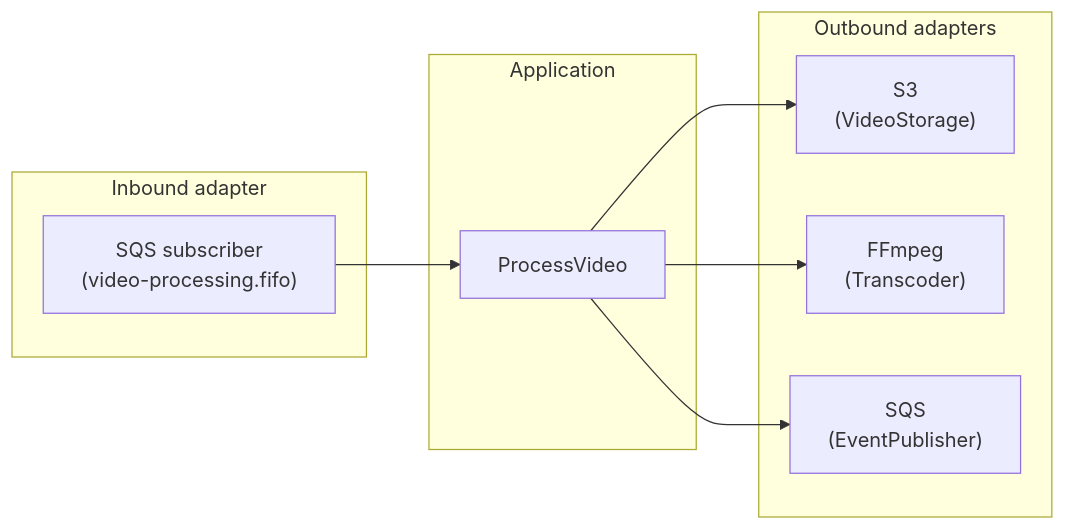
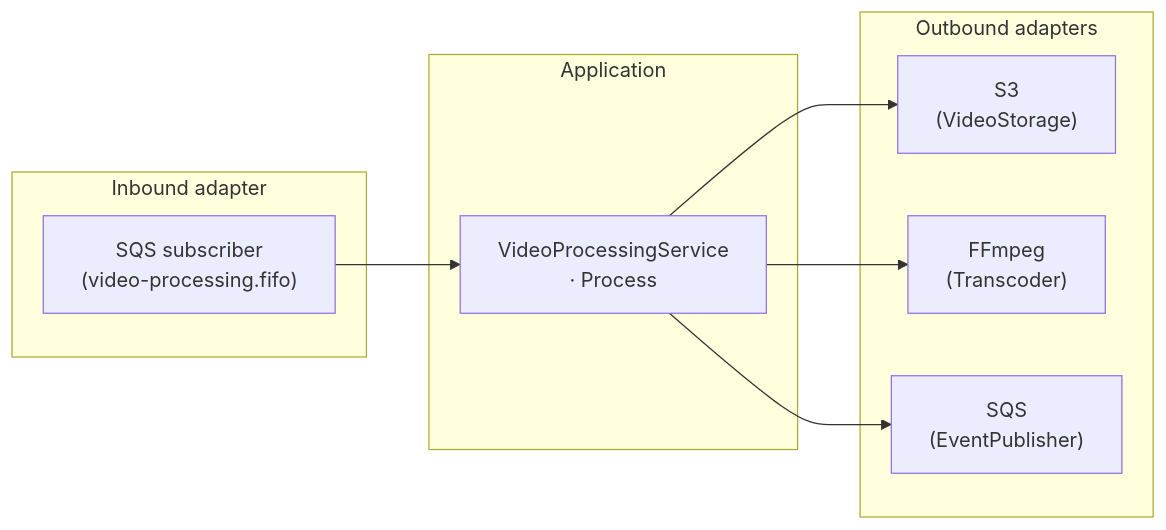
The first of 2 diagrams in backend/worker/README.md (lregnier/design-youtube), drawn with Mermaid before and after one commit. The commit also changed 22 other files, not shown here.

````diff
--- a/backend/worker/README.md
+++ b/backend/worker/README.md
@@ -9,21 +9,21 @@
 ```mermaid
 graph LR
     subgraph Inbound["Inbound adapter"]
         SQSIn["SQS subscriber\n(video-processing.fifo)"]
     end
 
     subgraph App["Application"]
-        PV["ProcessVideo"]
+        VPS["VideoProcessingService\n· Process"]
     end
 
     subgraph Outbound["Outbound adapters"]
         S3["S3\n(VideoStorage)"]
         FFmpeg["FFmpeg\n(Transcoder)"]
         SQSOut["SQS\n(EventPublisher)"]
     end
 
-    SQSIn --> PV
-    PV --> S3
-    PV --> FFmpeg
-    PV --> SQSOut
+    SQSIn --> VPS
+    VPS --> S3
+    VPS --> FFmpeg
+    VPS --> SQSOut
 ```
````
